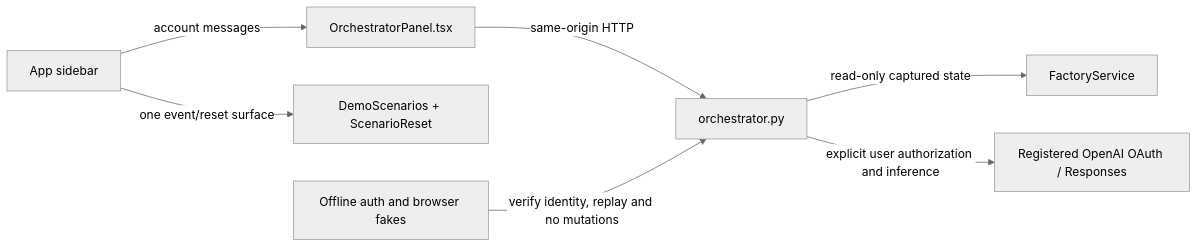
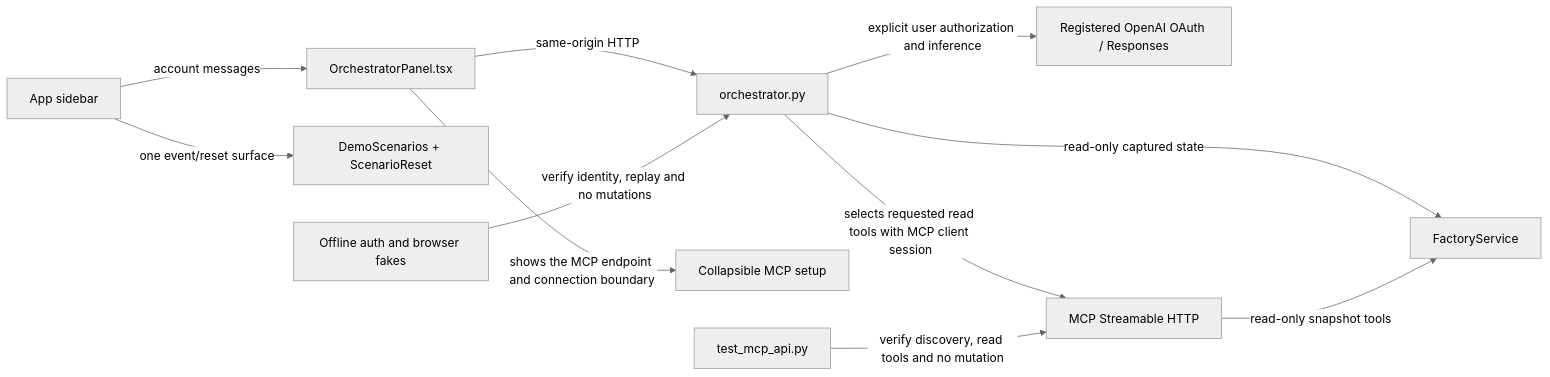
Diagram 15 of 18 in docs/code-map.md (DuztyMusketear/Print_Assist), drawn with Mermaid (neutral theme) before and after one commit. The commit also changed other lines of this file and 15 other files, not shown here.

Commit message:
feat: connect workshop MCP tools to chat

````diff
--- a/docs/code-map.md
+++ b/docs/code-map.md
@@ -729,9 +739,13 @@
 ```mermaid
 graph LR
   AppSidebar[App sidebar] -->|account messages| AssistantUI[OrchestratorPanel.tsx]
   AppSidebar -->|one event/reset surface| ControlsUI[DemoScenarios + ScenarioReset]
   AssistantUI -->|same-origin HTTP| AssistantAPI[orchestrator.py]
   AssistantAPI -->|read-only captured state| Factory[FactoryService]
   AssistantAPI -->|explicit user authorization and inference| OpenAI[Registered OpenAI OAuth / Responses]
   AssistantTests[Offline auth and browser fakes] -->|verify identity, replay and no mutations| AssistantAPI
+  AssistantUI -->|shows the MCP endpoint and connection boundary| MCPSetup[Collapsible MCP setup]
+  MCPAPI[MCP Streamable HTTP] -->|read-only snapshot tools| Factory
+  AssistantAPI -->|selects requested read tools with MCP client session| MCPAPI
+  MCPTests[test_mcp_api.py] -->|verify discovery, read tools and no mutation| MCPAPI
 ```
````
